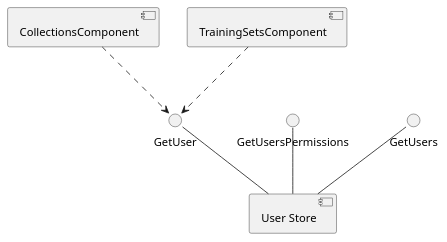
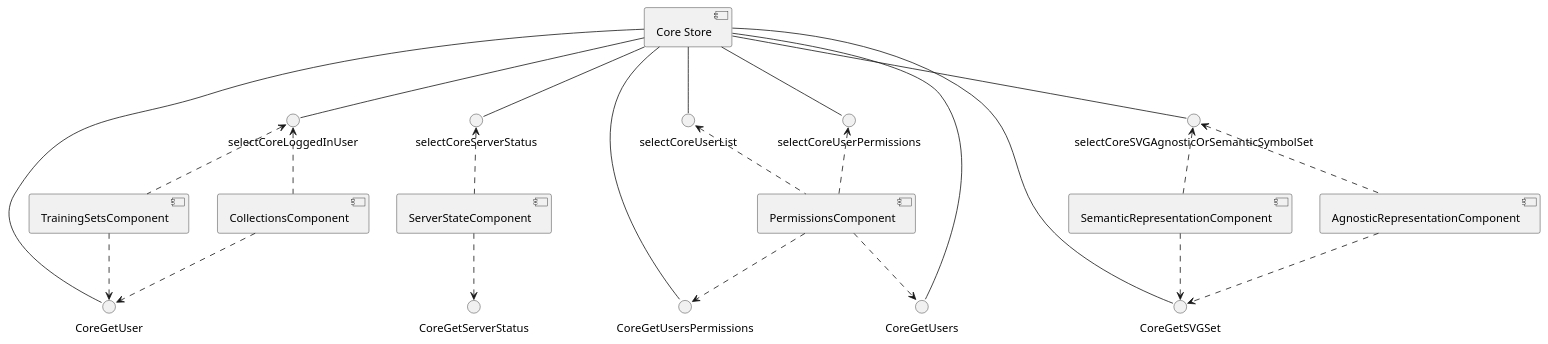
The second of 10 diagrams in documentation/puml/angular.puml (HISPAMUS/muret), drawn with PlantUML before and after one commit. The commit also changed other lines of this file and 3 other files, not shown here.

```diff
--- a/documentation/puml/angular.puml
+++ b/documentation/puml/angular.puml
@@ -39,9 +39,35 @@
-@startuml user_store_component
-    [User Store]
-    GetUser -- [User Store]
-    GetUsersPermissions -- [User Store]
-    GetUsers -- [User Store]
+@startuml core_store_component
+    [Core Store]
+    CoreGetUsersPermissions -- [Core Store]
+    CoreGetUsers -- [Core Store]
+    CoreGetUser -- [Core Store]
+    CoreGetSVGSet -- [Core Store]
 
-    [CollectionsComponent] ..> GetUser
-    [TrainingSetsComponent] ..> GetUser
+    [Core Store] -- selectCoreLoggedInUser
+    [Core Store] -- selectCoreUserPermissions
+    [Core Store] -- selectCoreUserList
+    [Core Store] -- selectCoreServerStatus
+    [Core Store] -- selectCoreSVGAgnosticOrSemanticSymbolSet
+
+    [CollectionsComponent] ..> CoreGetUser
+    [TrainingSetsComponent] ..> CoreGetUser
+
+    [PermissionsComponent] ..> CoreGetUsersPermissions
+    [PermissionsComponent] ..> CoreGetUsers
+
+    [AgnosticRepresentationComponent] ..> CoreGetSVGSet
+    [SemanticRepresentationComponent] ..> CoreGetSVGSet
+
+    [ServerStateComponent] ..> CoreGetServerStatus
+
+    selectCoreLoggedInUser <.. [CollectionsComponent]
+    selectCoreLoggedInUser <.. [TrainingSetsComponent]
+    
+    selectCoreUserPermissions <.. [PermissionsComponent]
+    selectCoreUserList <.. [PermissionsComponent]
+
+    selectCoreServerStatus <.. [ServerStateComponent]
+    selectCoreSVGAgnosticOrSemanticSymbolSet <.. [AgnosticRepresentationComponent]
+    selectCoreSVGAgnosticOrSemanticSymbolSet <.. [SemanticRepresentationComponent]
+    
 @enduml
```
